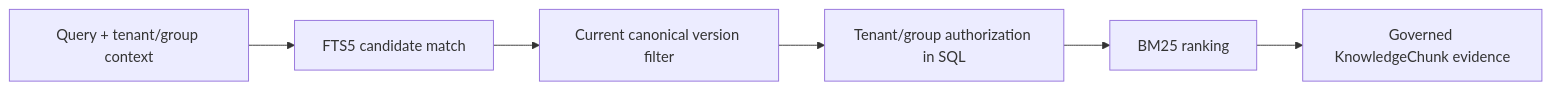
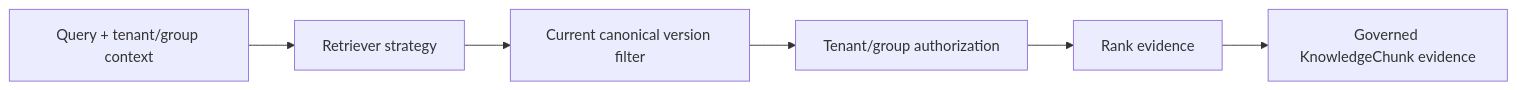
The third of 6 diagrams in docs/architecture/RAG_ARCHITECTURE.md (kumarchandansingh/tropos), drawn with Mermaid before and after one commit. The commit also changed other lines of this file and 9 other files, not shown here.

````diff
--- a/docs/architecture/RAG_ARCHITECTURE.md
+++ b/docs/architecture/RAG_ARCHITECTURE.md
@@ -59,9 +58,9 @@
 ```mermaid
 flowchart LR
     Query[Query + tenant/group context]
-    --> Search[FTS5 candidate match]
+    --> Search[Retriever strategy]
     --> Current[Current canonical version filter]
-    --> Access[Tenant/group authorization in SQL]
-    --> Rank[BM25 ranking]
+    --> Access[Tenant/group authorization]
+    --> Rank[Rank evidence]
     --> Evidence[Governed KnowledgeChunk evidence]
 ```
````
